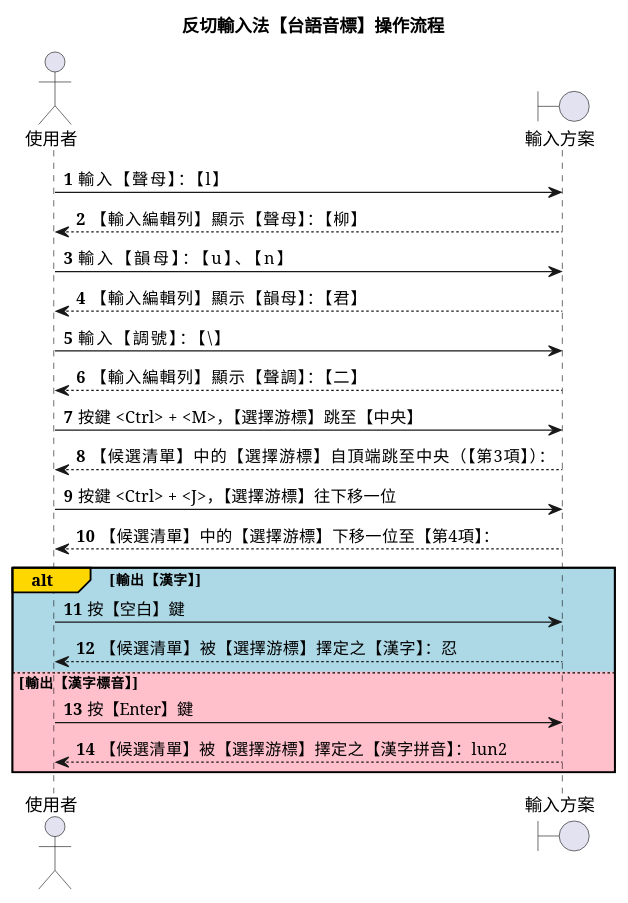
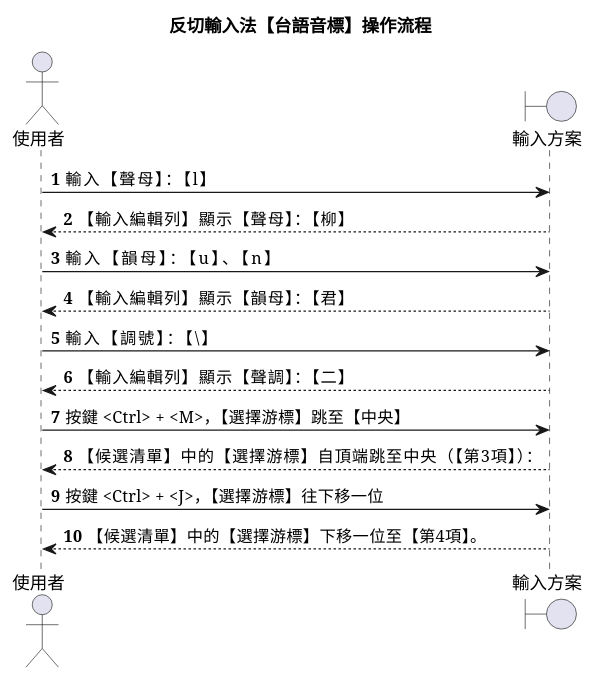
One commit to AlanJui/rime-tlpa changed the ninth of 17 diagrams in docs/310_反切輸入法【台語音標】設計規格.md. Above: the diagram before and after it, drawn with PlantUML. The commit also changed other lines of this file and 13 other files, not shown here.

````diff
--- a/docs/310_反切輸入法【台語音標】設計規格.md
+++ b/docs/310_反切輸入法【台語音標】設計規格.md
@@ -282,32 +338,24 @@
 ```plantuml
 @startuml
 title 反切輸入法【台語音標】操作流程
 actor 使用者 as user
 boundary 輸入方案 as ime
 autonumber
 
 user -> ime : 輸入【聲母】：【l】
 ime --> user : 【輸入編輯列】顯示【聲母】：【柳】
 
 user -> ime : 輸入【韻母】：【u】、【n】
 ime --> user : 【輸入編輯列】顯示【韻母】：【君】
 
 user -> ime : 輸入【調號】：【\】
 ime --> user : 【輸入編輯列】顯示【聲調】：【二】
 
 user -> ime : 按鍵 <Ctrl> + <M>，【選擇游標】跳至【中央】
 ime --> user : 【候選清單】中的【選擇游標】自頂端跳至中央（【第3項】）：
 
 user -> ime : 按鍵 <Ctrl> + <J>，【選擇游標】往下移一位
-ime --> user : 【候選清單】中的【選擇游標】下移一位至【第4項】：
-
-alt#Gold #LightBlue 輸出【漢字】
-    user -> ime : 按【空白】鍵
-    ime --> user : 【候選清單】被【選擇游標】擇定之【漢字】：忍
-else #Pink 輸出【漢字標音】
-    user -> ime : 按【Enter】鍵
-    ime --> user : 【候選清單】被【選擇游標】擇定之【漢字拼音】：lun2
-end
+ime --> user : 【候選清單】中的【選擇游標】下移一位至【第4項】。
 
 @enduml
 ```
````
